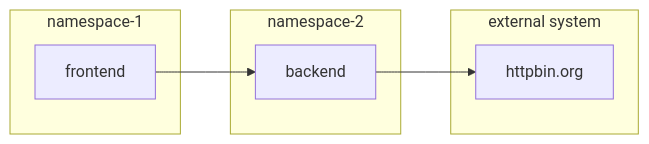
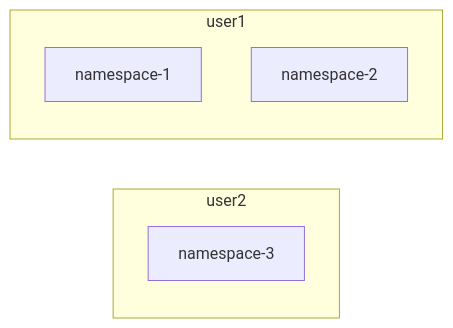
The diagram in docs/PROJECT.md (rhthsa/OpenShift-POC-AppDev), drawn with Mermaid before and after one commit. The commit also changed other lines of this file, not shown here.

Commit message:
update namespace diagram

````diff
--- a/docs/PROJECT.md
+++ b/docs/PROJECT.md
@@ -16,17 +16,14 @@
 ```mermaid
 
 graph LR
 
-    frontend-->backend
-    subgraph namespace-1
-    frontend
+    subgraph user2
+    namespace-3
     end
-    subgraph namespace-2
-    backend
+    
+    subgraph user1
+    namespace-1
+    namespace-2
     end
-    backend-->httpbin.org
-    subgraph "external system"
-    httpbin.org
-end
-    
+
 ```
````
